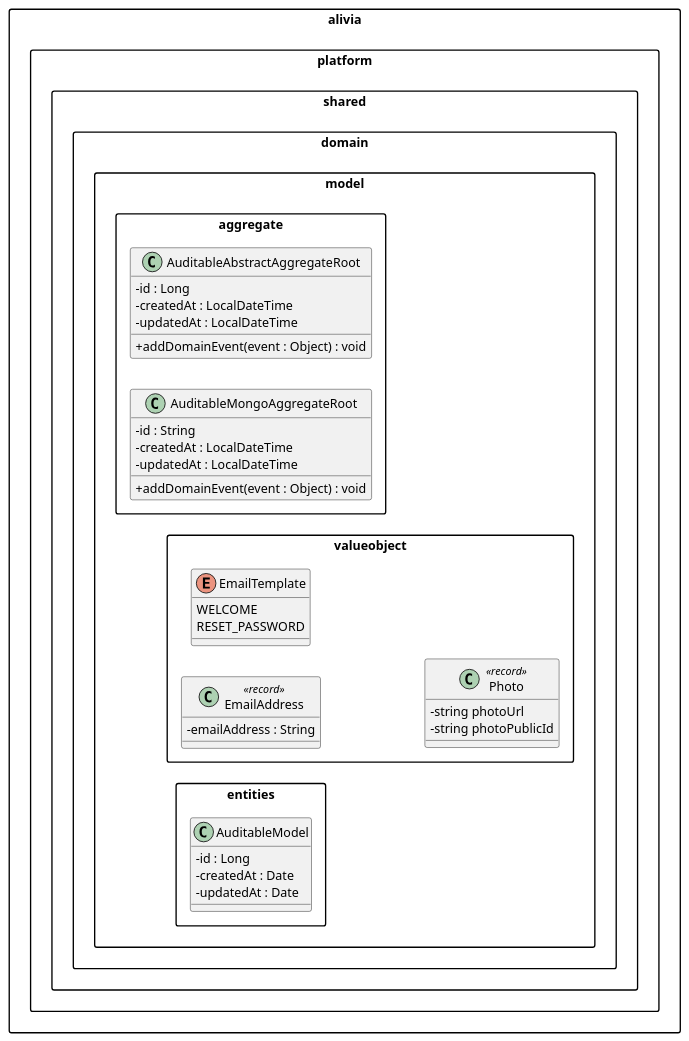
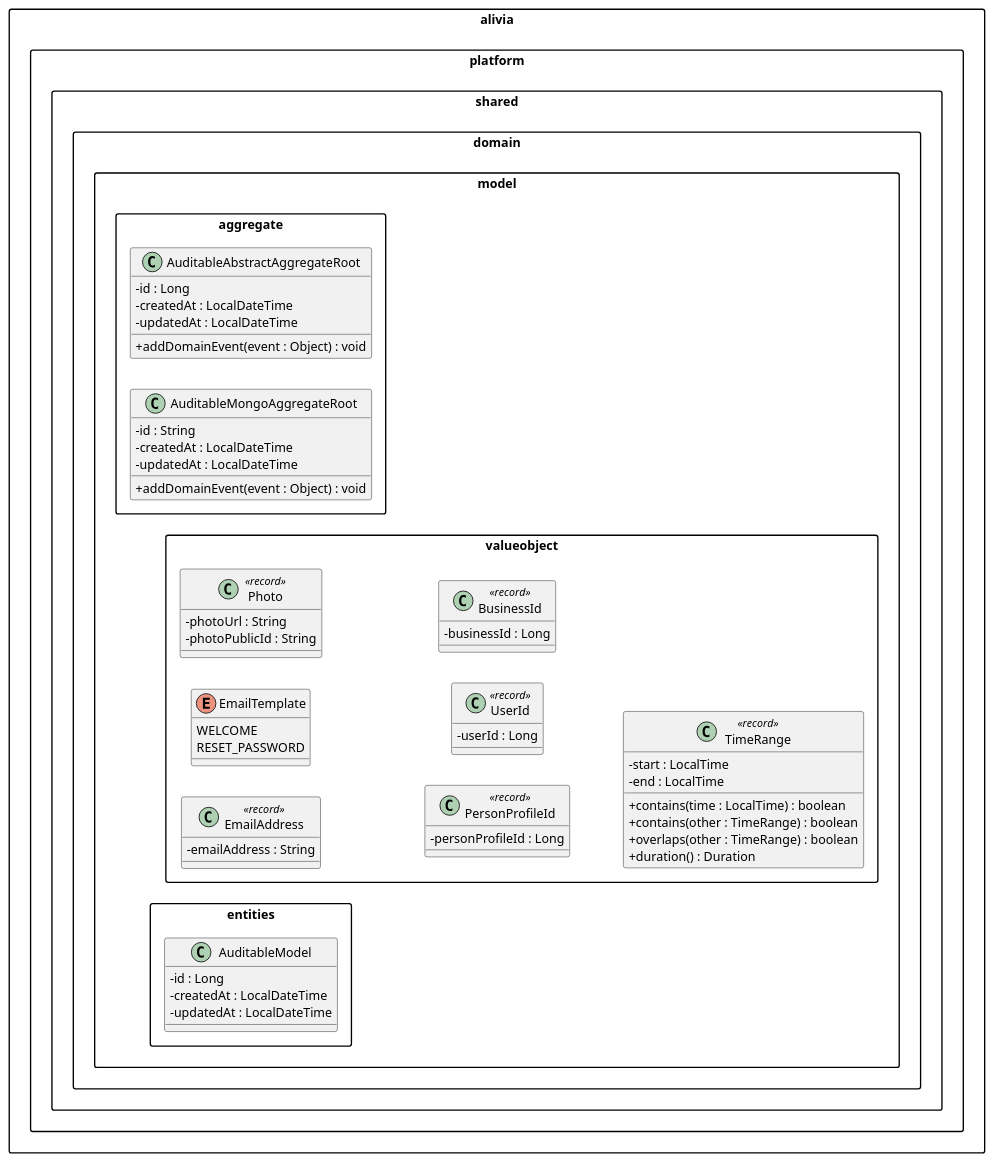
One commit to resolum/aliva-documentation changed the diagram in images/diagrams/code/shared/shared-backend-diagram.puml. Above: the diagram before and after it, drawn with PlantUML.

Commit message:
feat(shared): AR-90 update Photo and TimeRange classes with detailed attributes and methods in domain model

```diff
--- a/images/diagrams/code/shared/shared-backend-diagram.puml
+++ b/images/diagrams/code/shared/shared-backend-diagram.puml
@@ -1,53 +1,72 @@
 @startuml
 skinparam classAttributeIconSize 0
 skinparam packageStyle rectangle
 left to right direction
 
 package alivia.platform.shared {
 
   package domain.model.aggregate {
 
     class AuditableAbstractAggregateRoot {
       - id : Long
       - createdAt : LocalDateTime
       - updatedAt : LocalDateTime
       + addDomainEvent(event : Object) : void
     }
 
     class AuditableMongoAggregateRoot {
       - id : String
       - createdAt : LocalDateTime
       - updatedAt : LocalDateTime
       + addDomainEvent(event : Object) : void
     }
   }
 
   package domain.model.valueobject {
 
     class EmailAddress <<record>> {
       - emailAddress : String
     }
 
     enum EmailTemplate {
       WELCOME
       RESET_PASSWORD
     }
-    class Photo <<record>>{
-    - string photoUrl
-    - string photoPublicId
+
+    class Photo <<record>> {
+      - photoUrl : String
+      - photoPublicId : String
     }
 
+    class PersonProfileId <<record>> {
+      - personProfileId : Long
+    }
+
+    class UserId <<record>> {
+      - userId : Long
+    }
+
+    class BusinessId <<record>> {
+      - businessId : Long
+    }
+
+    class TimeRange <<record>> {
+      - start : LocalTime
+      - end : LocalTime
+      + contains(time : LocalTime) : boolean
+      + contains(other : TimeRange) : boolean
+      + overlaps(other : TimeRange) : boolean
+      + duration() : Duration
+    }
   }
 
   package domain.model.entities {
 
     class AuditableModel {
       - id : Long
-      - createdAt : Date
-      - updatedAt : Date
+      - createdAt : LocalDateTime
+      - updatedAt : LocalDateTime
     }
-
   }
-
 }
 @enduml
```
